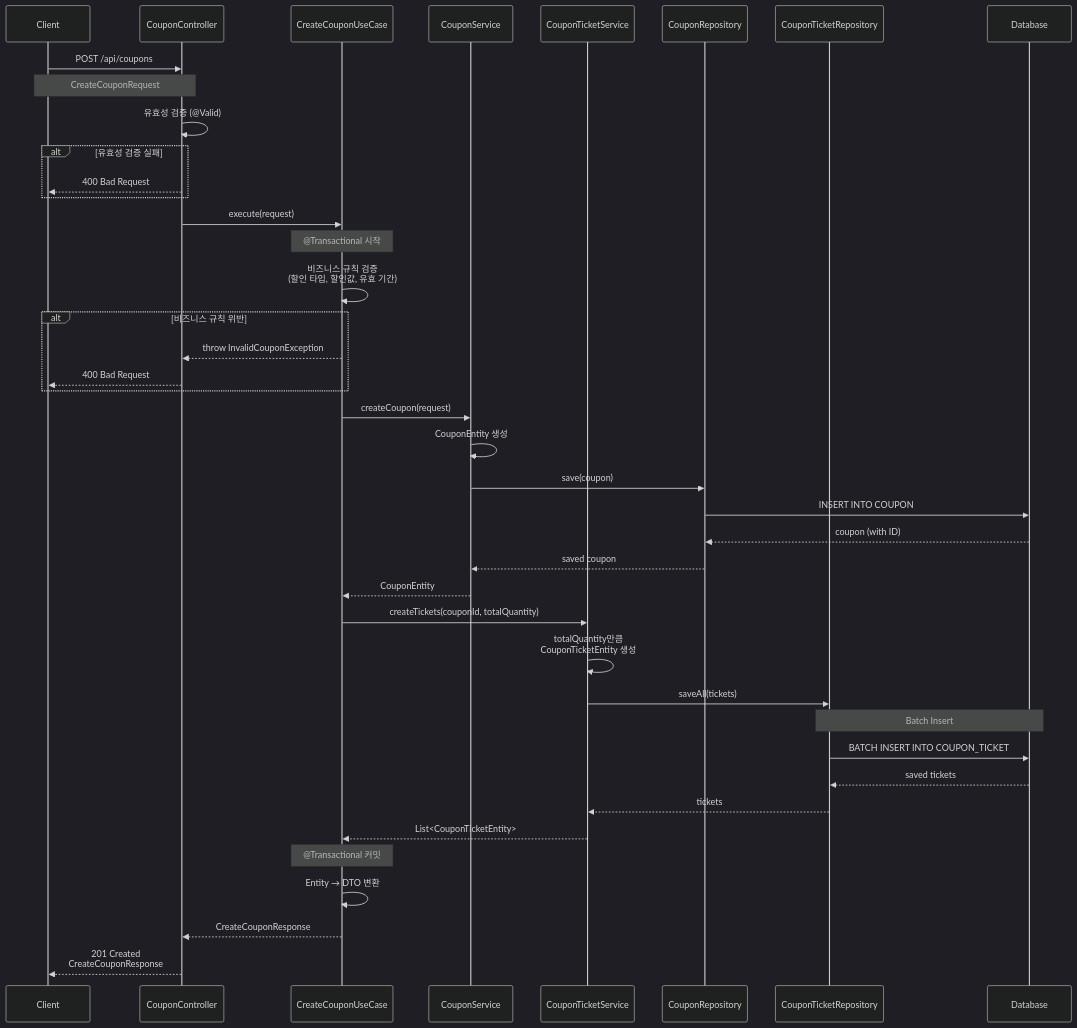
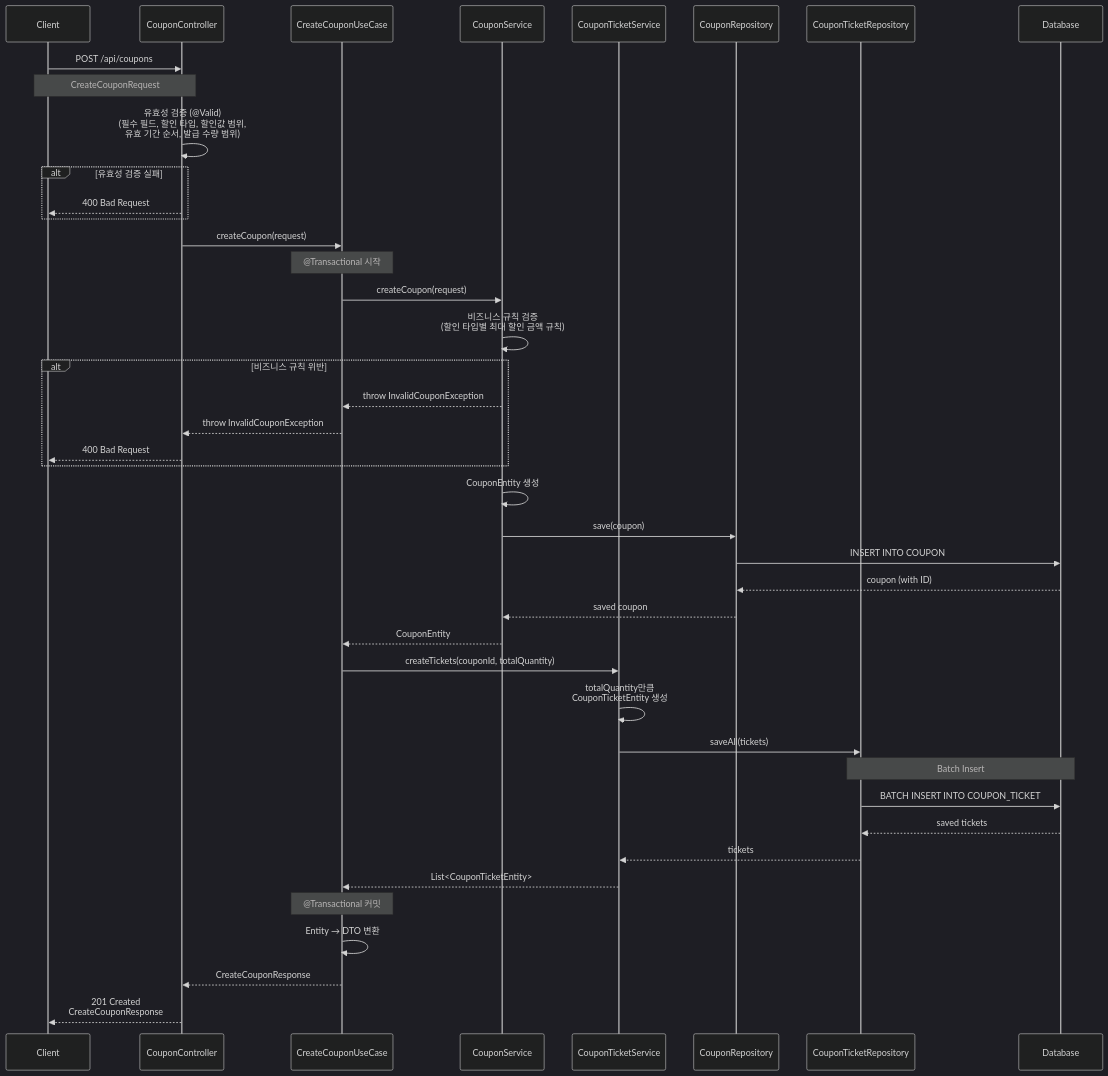
Before and after one commit to edit8080/commerce-api: the diagram in docs/api/coupon/create-coupon.md, drawn with Mermaid (dark theme). The commit also changed other lines of this file and 10 other files, not shown here.

````diff
--- a/docs/api/coupon/create-coupon.md
+++ b/docs/api/coupon/create-coupon.md
@@ -173,52 +183,52 @@
 ```mermaid
 sequenceDiagram
     participant Client as Client
     participant Controller as CouponController
     participant UseCase as CreateCouponUseCase
     participant CouponService as CouponService
     participant TicketService as CouponTicketService
     participant CouponRepo as CouponRepository
     participant TicketRepo as CouponTicketRepository
     participant DB as Database
 
     Client->>Controller: POST /api/coupons
     Note over Client,Controller: CreateCouponRequest
 
-    Controller->>Controller: 유효성 검증 (@Valid)
+    Controller->>Controller: 유효성 검증 (@Valid)<br/>(필수 필드, 할인 타입, 할인값 범위,<br/>유효 기간 순서, 발급 수량 범위)
     alt 유효성 검증 실패
         Controller-->>Client: 400 Bad Request
     end
 
-    Controller->>UseCase: execute(request)
+    Controller->>UseCase: createCoupon(request)
 
     Note over UseCase: @Transactional 시작
 
-    UseCase->>UseCase: 비즈니스 규칙 검증<br/>(할인 타입, 할인값, 유효 기간)
+    UseCase->>CouponService: createCoupon(request)
+    CouponService->>CouponService: 비즈니스 규칙 검증<br/>(할인 타입별 최대 할인 금액 규칙)
     alt 비즈니스 규칙 위반
+        CouponService-->>UseCase: throw InvalidCouponException
         UseCase-->>Controller: throw InvalidCouponException
         Controller-->>Client: 400 Bad Request
     end
-
-    UseCase->>CouponService: createCoupon(request)
     CouponService->>CouponService: CouponEntity 생성
     CouponService->>CouponRepo: save(coupon)
     CouponRepo->>DB: INSERT INTO COUPON
     DB-->>CouponRepo: coupon (with ID)
     CouponRepo-->>CouponService: saved coupon
     CouponService-->>UseCase: CouponEntity
 
     UseCase->>TicketService: createTickets(couponId, totalQuantity)
     TicketService->>TicketService: totalQuantity만큼<br/>CouponTicketEntity 생성
     TicketService->>TicketRepo: saveAll(tickets)
     Note over TicketRepo,DB: Batch Insert
     TicketRepo->>DB: BATCH INSERT INTO COUPON_TICKET
     DB-->>TicketRepo: saved tickets
     TicketRepo-->>TicketService: tickets
     TicketService-->>UseCase: List<CouponTicketEntity>
 
     Note over UseCase: @Transactional 커밋
 
     UseCase->>UseCase: Entity → DTO 변환
     UseCase-->>Controller: CreateCouponResponse
     Controller-->>Client: 201 Created<br/>CreateCouponResponse
 ```
````
